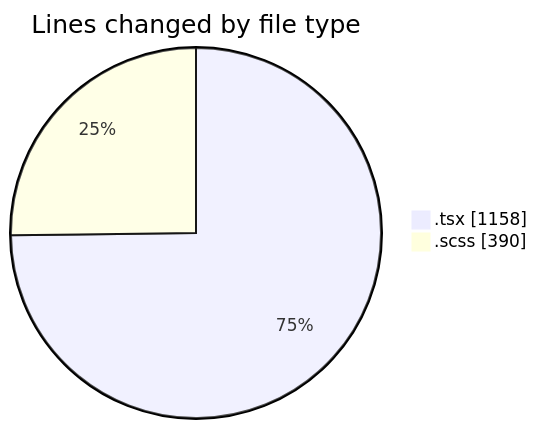
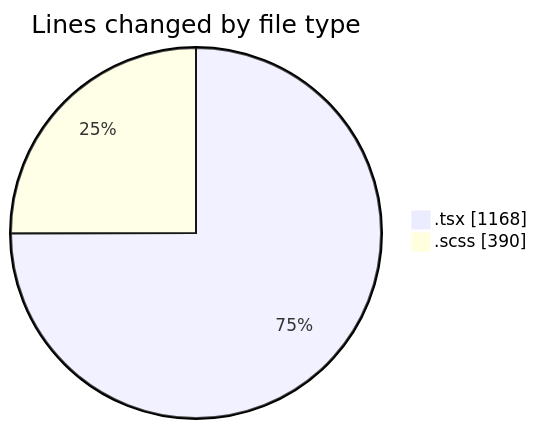
One commit to momahboobian/code-tracking changed the first of 2 diagrams in 2026-08-26/cda/README.md. Above: the diagram before and after it, drawn with Mermaid. The commit also changed other lines of this file and 1 other file, not shown here.

````diff
--- a/2026-08-26/cda/README.md
+++ b/2026-08-26/cda/README.md
@@ -29,6 +29,6 @@
 ```mermaid
 pie showData
 title Lines changed by file type
-".tsx" : 1158
+".tsx" : 1168
 ".scss" : 390
 ```
````
